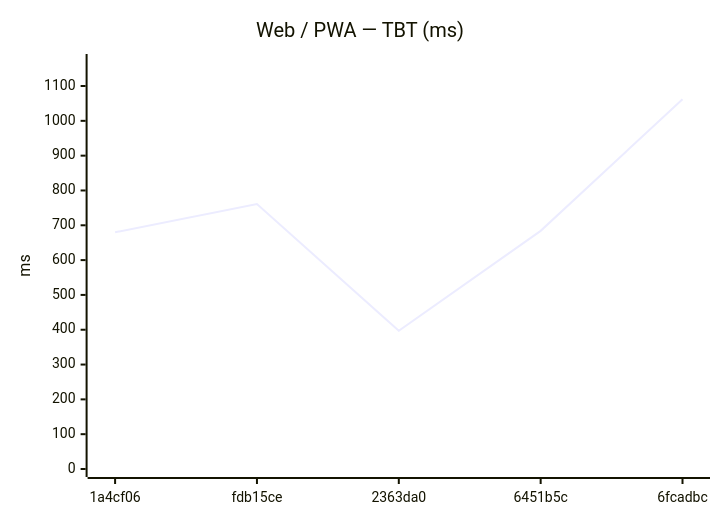
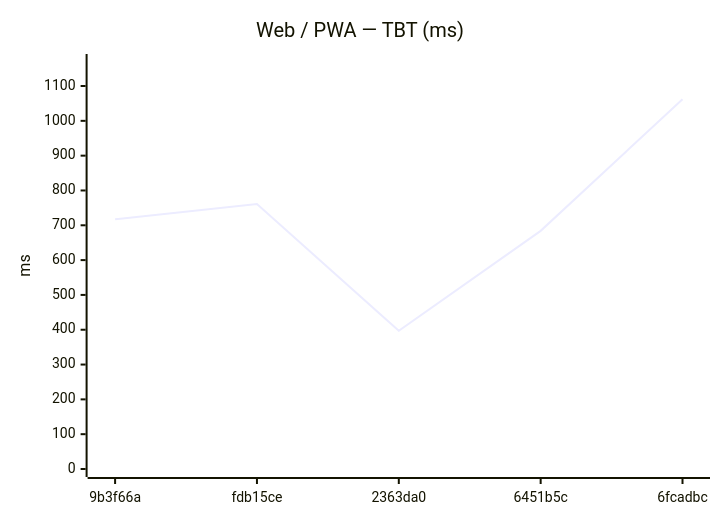
One commit to Metaheurist/Rianell changed the sixth of 12 diagrams in benchmarks/compare.md. Above: the diagram before and after it, drawn with Mermaid. The commit also changed other lines of this file and 8 other files, not shown here.

````diff
--- a/benchmarks/compare.md
+++ b/benchmarks/compare.md
@@ -89,7 +89,7 @@
 ```mermaid
 xychart-beta
     title "Web / PWA — TBT (ms)"
-    x-axis ["1a4cf06", "fdb15ce", "2363da0", "6451b5c", "6fcadbc"]
+    x-axis ["9b3f66a", "fdb15ce", "2363da0", "6451b5c", "6fcadbc"]
     y-axis "ms" 0 --> 1169
-    line [680, 761, 397, 684, 1062]
+    line [717, 761, 397, 684, 1062]
 ```
````
